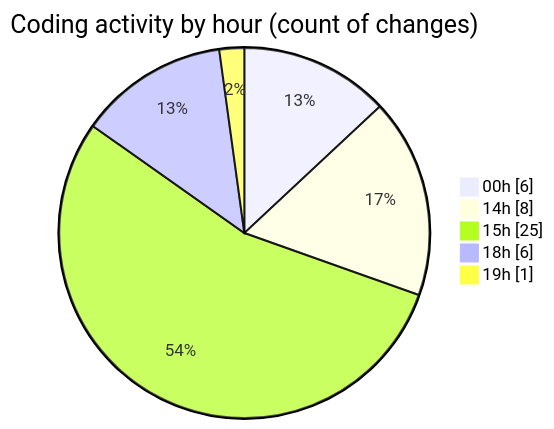
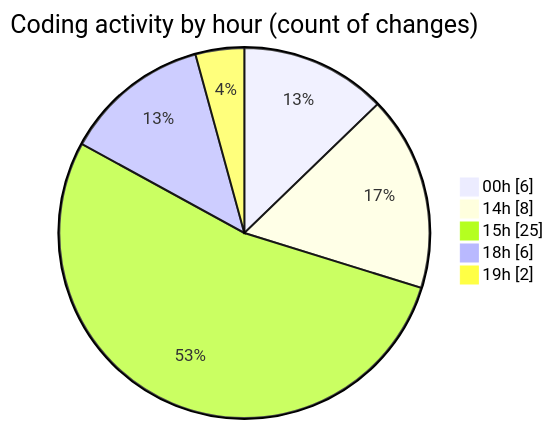
One commit to MatusMokan/code-tracking changed the second of 2 diagrams in 2025-03-15/myws__workspace_/README.md. Above: the diagram before and after it, drawn with Mermaid. The commit also changed other lines of this file and 1 other file, not shown here.

````diff
--- a/2025-03-15/myws__workspace_/README.md
+++ b/2025-03-15/myws__workspace_/README.md
@@ -30,9 +30,9 @@
 ```mermaid
 pie showData
 title Coding activity by hour (count of changes)
 "00h" : 6
 "14h" : 8
 "15h" : 25
 "18h" : 6
-"19h" : 1
+"19h" : 2
 ```
````
